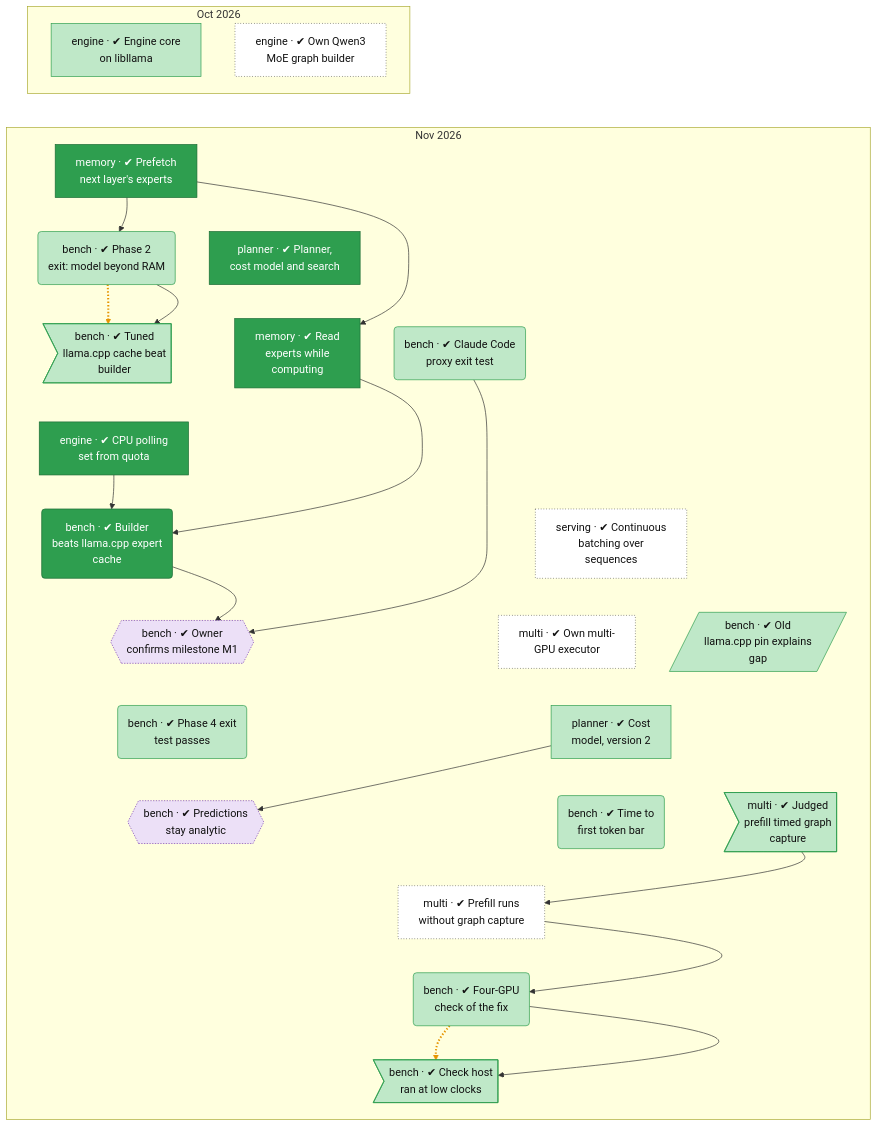
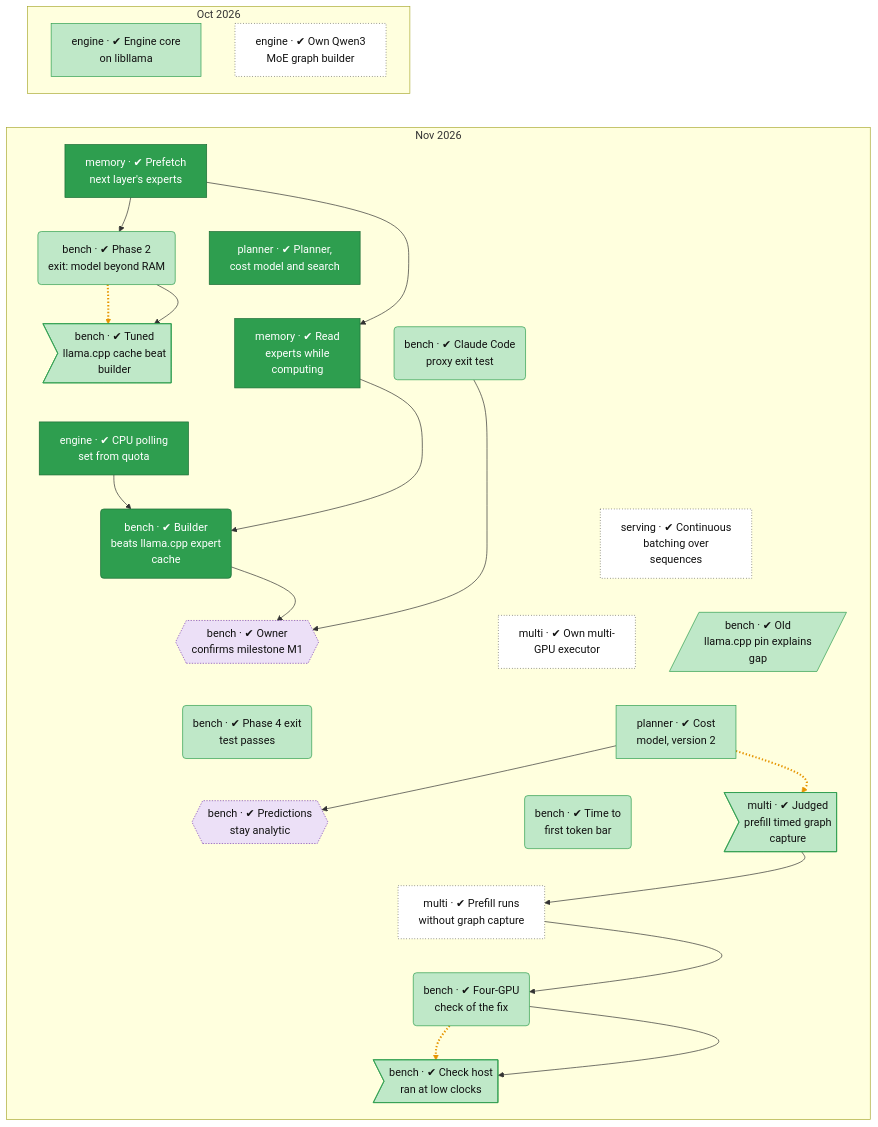
The second of 2 diagrams in docs/roadmap.md (lhns/tetraeder), drawn with Mermaid before and after one commit. The commit also changed other lines of this file and 2 other files, not shown here.

Commit message:
Tech tree: capture-call defect also qualifies the cost model v2 and v4 prefill ratings

```diff
--- a/docs/roadmap.md
+++ b/docs/roadmap.md
@@ -161,12 +161,13 @@
     memory_io_service --> bench_m1_point1
     bench_m1_point1 --> bench_owner_m1
     bench_phase3b_proxy --> bench_owner_m1
+    planner_cost_v2 -.-> multi_defect_capture
     planner_cost_v2 --> bench_owner_analytic
     multi_defect_capture --> multi_prefill_no_capture
     multi_prefill_no_capture --> bench_s3f2
     bench_s3f2 -.-> bench_defect_s3f2_clock
     bench_s3f2 --> bench_defect_s3f2_clock
-    linkStyle 27,37 stroke:#e69500,stroke-width:3px,stroke-dasharray:2 3
+    linkStyle 27,34,38 stroke:#e69500,stroke-width:3px,stroke-dasharray:2 3
     classDef vsucc fill:#2e9e4f,stroke:#1b6b34,color:#fff
     classDef succ fill:#bfe8c8,stroke:#2e9e4f,color:#111
     classDef mixed fill:#ffd37a,stroke:#c98a00,color:#111
```
